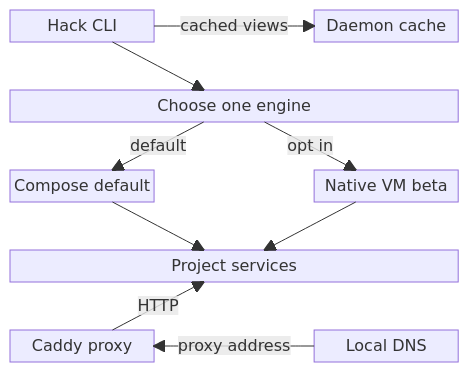
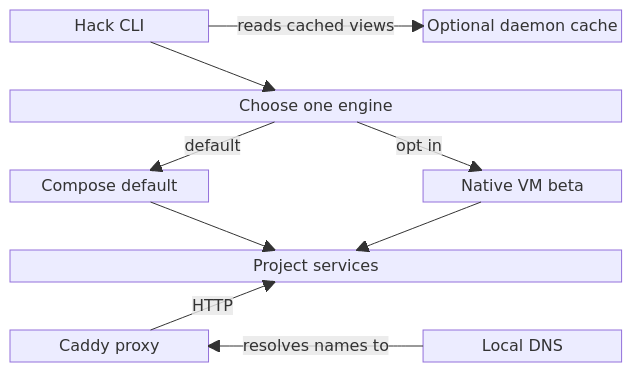
One commit to hack-dance/hack changed the diagram in docs/assets/readme/project.mmd. Above: the diagram before and after it, drawn with Mermaid. The commit also changed 5 other files, not shown here.

Commit message:
fix(docs): gate README references and clarify diagram arrows

```diff
--- a/docs/assets/readme/project.mmd
+++ b/docs/assets/readme/project.mmd
@@ -1,22 +1,22 @@
 ---
 title: Local project components
 ---
 block-beta
   columns 3
-  cli["Hack CLI"] space daemon["Daemon cache"]
+  cli["Hack CLI"] space daemon["Optional daemon cache"]
   space:3
   choose["Choose one engine"]:3
   space:3
   compose["Compose default"] space native["Native VM beta"]
   space:3
   services["Project services"]:3
   space:3
   proxy["Caddy proxy"] space dns["Local DNS"]
-  cli -- "cached views" --> daemon
+  cli -- "reads cached views" --> daemon
   cli --> choose
   choose -- "default" --> compose
   choose -- "opt in" --> native
   compose --> services
   native --> services
   proxy -- "HTTP" --> services
-  dns -- "proxy address" --> proxy
+  dns -- "resolves names to" --> proxy
```
